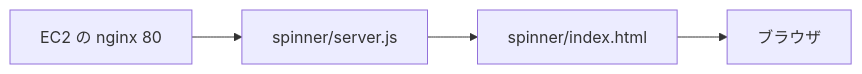
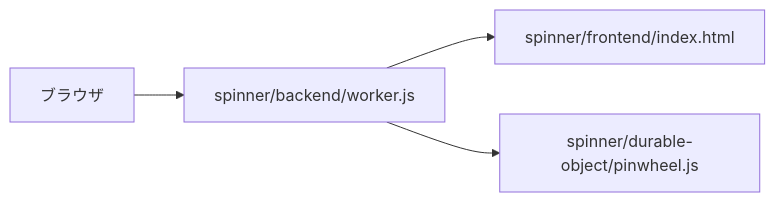
One commit to pfgnsb/hand-spinner changed the diagram in spinner/ドキュメント/技術スタック.md. Above: the diagram before and after it, drawn with Mermaid. The commit also changed other lines of this file and 22 other files, not shown here.

Commit message:
回した向きと倍率を Durable Object に残し、README に技術スタックを書く。

````diff
--- a/spinner/ドキュメント/技術スタック.md
+++ b/spinner/ドキュメント/技術スタック.md
@@ -28,6 +28,6 @@
 ```mermaid
 flowchart LR
-  server["spinner/server.js"] --> file["spinner/index.html"]
-  file --> browser["ブラウザ"]
-  nginx["EC2 の nginx 80"] --> server
+  browser["ブラウザ"] --> worker["spinner/backend/worker.js"]
+  worker --> file["spinner/frontend/index.html"]
+  worker --> dob["spinner/durable-object/pinwheel.js"]
 ```
````
